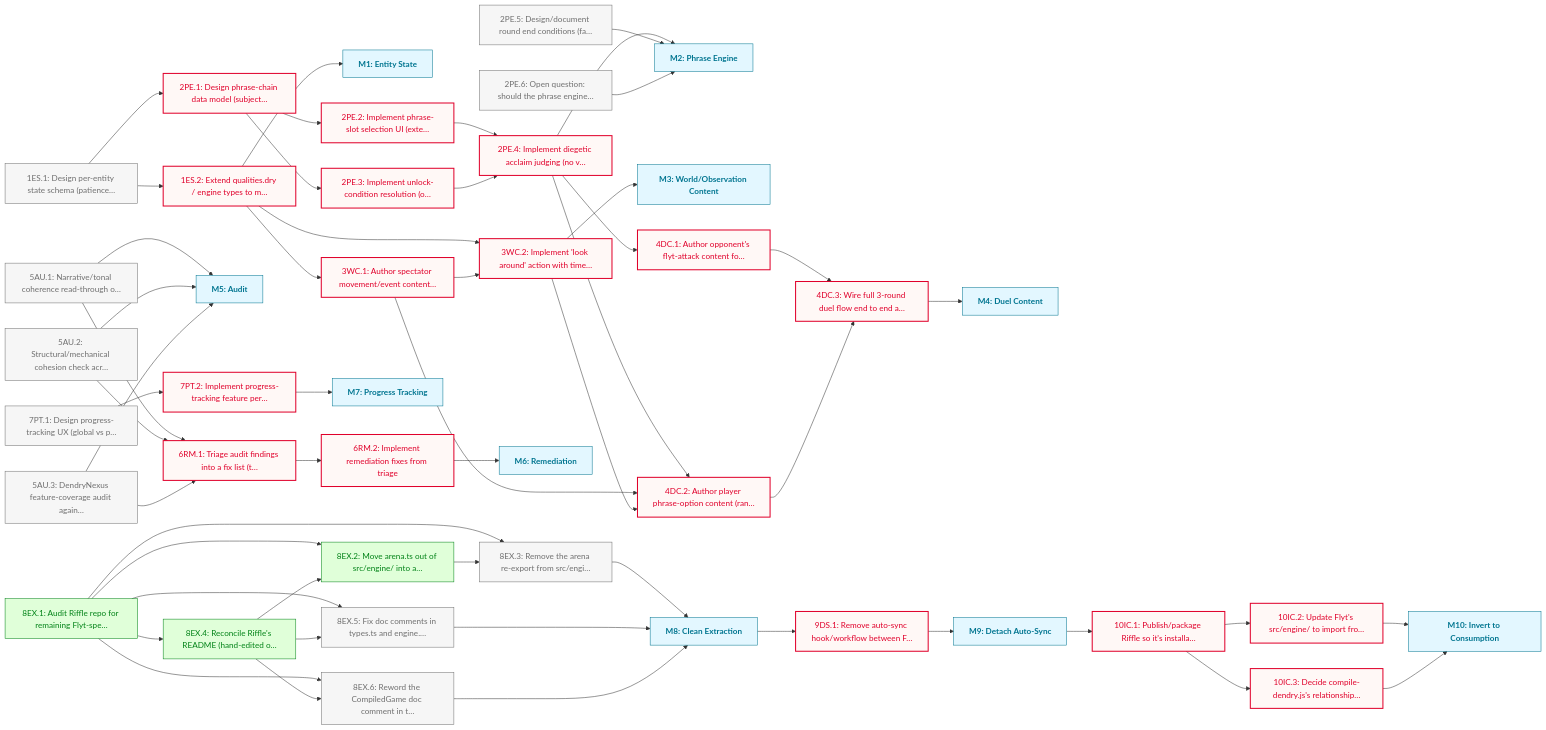
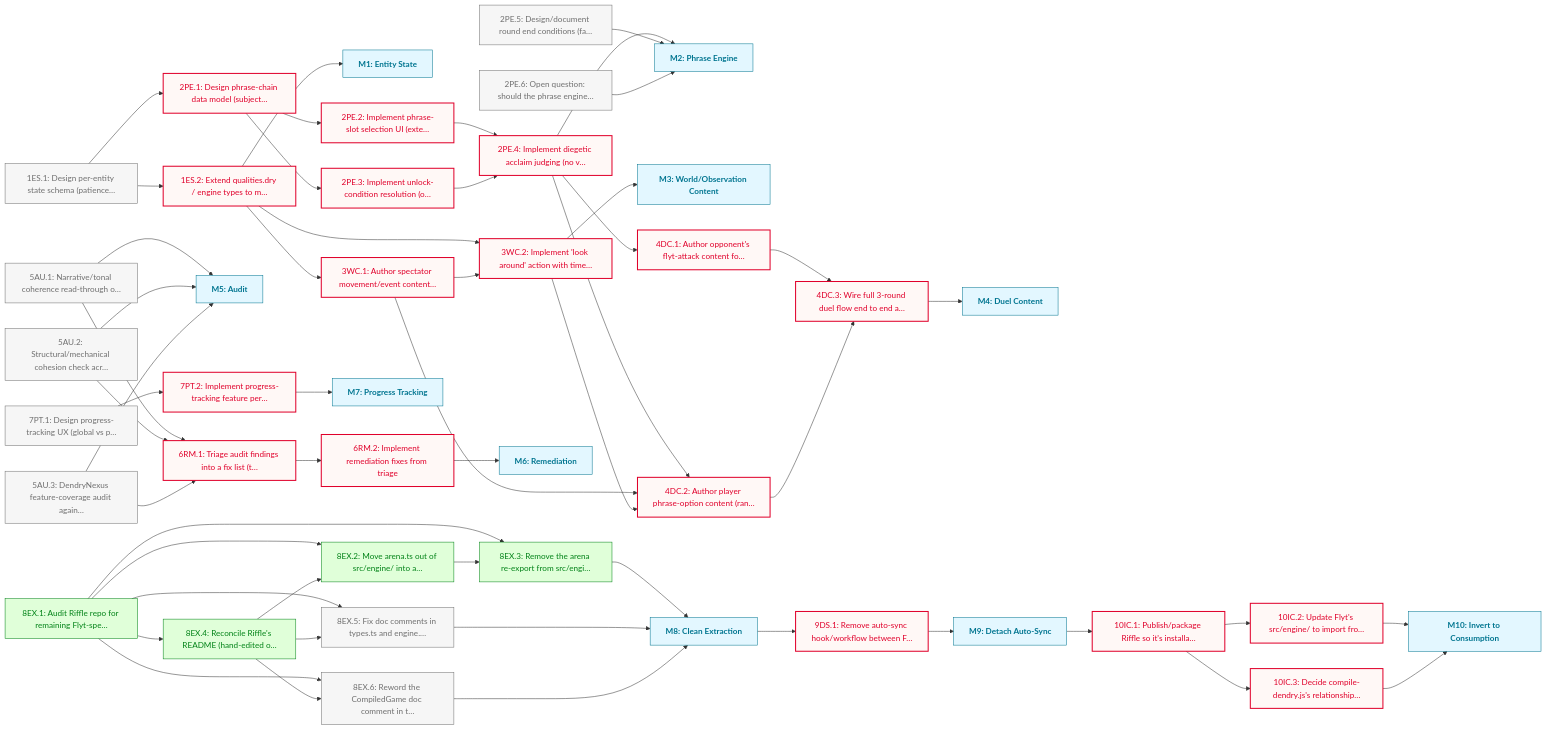
Before and after one commit to JasonWarrenUK/flyt: the diagram in docs/roadmaps/FOUNDATIONS.md, drawn with Mermaid. The commit also changed other lines of this file and 2 other files, not shown here.

Commit message:
chore(roadmap): mark 8EX.3 done
No downstream status changes: the remaining M8 tasks (8EX.5, 8EX.6)
were already unblocked by 8EX.4. End date stamped; PHASE file, Mermaid
diagram and HTML dashboard regenerated.

````diff
--- a/docs/roadmaps/FOUNDATIONS.md
+++ b/docs/roadmaps/FOUNDATIONS.md
@@ -219,7 +219,7 @@
 	10IC.1 --> 10IC.3
 	10IC.2 --> M10
 	10IC.3 --> M10
-	class 1ES.1,2PE.5,2PE.6,5AU.1,5AU.2,5AU.3,7PT.1,8EX.3,8EX.5,8EX.6 todo
+	class 1ES.1,2PE.5,2PE.6,5AU.1,5AU.2,5AU.3,7PT.1,8EX.5,8EX.6 todo
 	class 10IC.1,10IC.2,10IC.3,1ES.2,2PE.1,2PE.2,2PE.3,2PE.4,3WC.1,3WC.2,4DC.1,4DC.2,4DC.3,6RM.1,6RM.2,7PT.2,9DS.1 blocked
-	class 8EX.1,8EX.2,8EX.4 done
+	class 8EX.1,8EX.2,8EX.3,8EX.4 done
 ```
````
